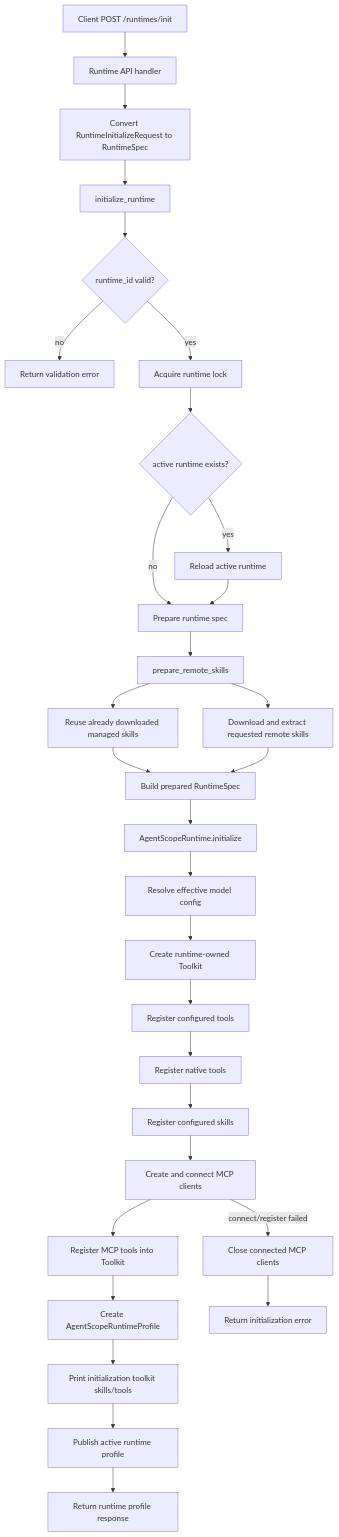
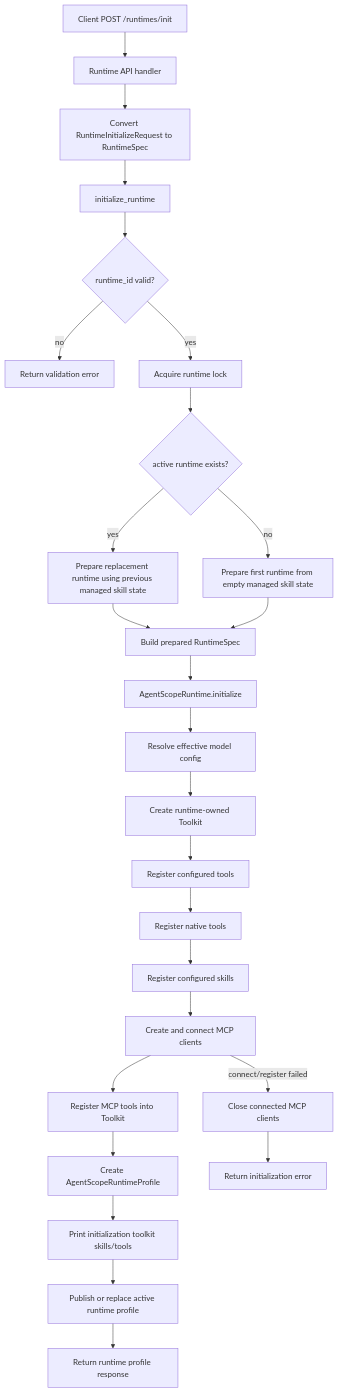
One commit to mooneclipsed/myagent changed the second of 5 diagrams in docs/architecture.md. Above: the diagram before and after it, drawn with Mermaid. The commit also changed other lines of this file and 9 other files, not shown here.

Commit message:
refactor: simplify chat query flow

````diff
--- a/docs/architecture.md
+++ b/docs/architecture.md
@@ -9,35 +87,30 @@
 ```mermaid
 flowchart TD
     A[Client POST /runtimes/init] --> B[Runtime API handler]
     B --> C[Convert RuntimeInitializeRequest to RuntimeSpec]
     C --> D[initialize_runtime]
     D --> E{runtime_id valid?}
     E -- no --> F[Return validation error]
     E -- yes --> G[Acquire runtime lock]
     G --> H{active runtime exists?}
-    H -- yes --> I[Reload active runtime]
-    H -- no --> J[Prepare runtime spec]
-    I --> J
+    H -- yes --> I[Prepare replacement runtime using previous managed skill state]
+    H -- no --> J[Prepare first runtime from empty managed skill state]
+    I --> K[Build prepared RuntimeSpec]
+    J --> K
 
-    J --> K[prepare_remote_skills]
-    K --> L[Reuse already downloaded managed skills]
-    K --> M[Download and extract requested remote skills]
-    L --> N[Build prepared RuntimeSpec]
-    M --> N
-
-    N --> O[AgentScopeRuntime.initialize]
+    K --> O[AgentScopeRuntime.initialize]
     O --> P[Resolve effective model config]
     P --> Q[Create runtime-owned Toolkit]
     Q --> R[Register configured tools]
     R --> S[Register native tools]
     S --> T[Register configured skills]
     T --> U[Create and connect MCP clients]
     U --> V[Register MCP tools into Toolkit]
     V --> W[Create AgentScopeRuntimeProfile]
     W --> X[Print initialization toolkit skills/tools]
-    X --> Y[Publish active runtime profile]
+    X --> Y[Publish or replace active runtime profile]
     Y --> Z[Return runtime profile response]
 
     U -- connect/register failed --> AA[Close connected MCP clients]
     AA --> AB[Return initialization error]
 ```
````
